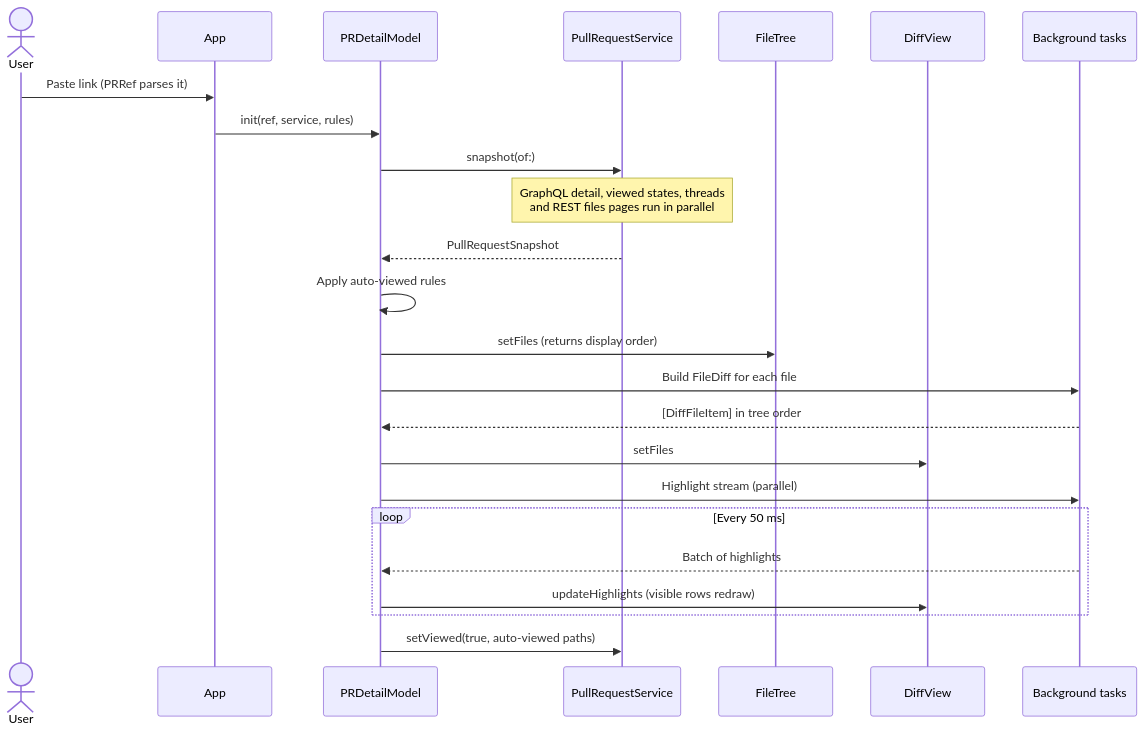
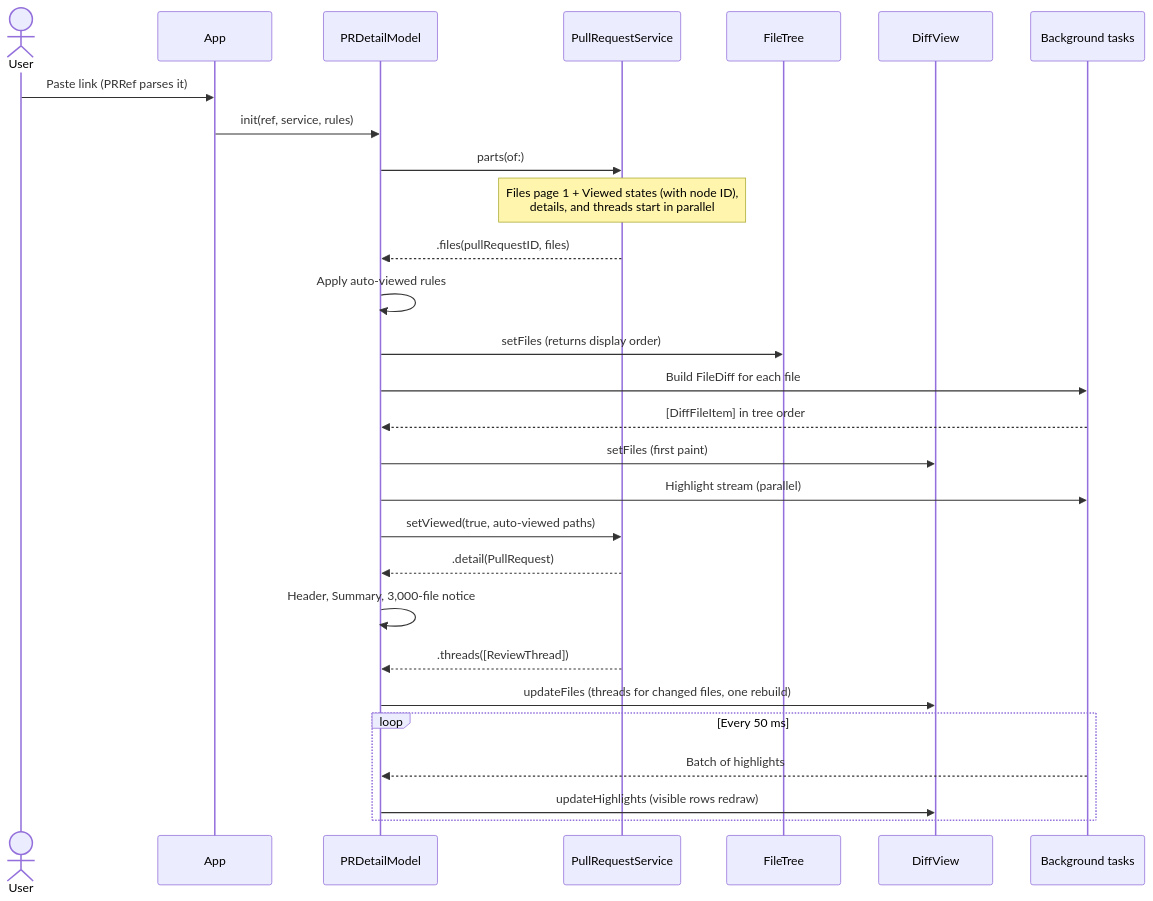
Before and after one commit to khoitran19/yuzu: the second of 4 diagrams in docs/architecture.md, drawn with Mermaid. The commit also changed other lines of this file and 21 other files, not shown here.

First line of the commit message:
perf(load): show the diff when files and Viewed states arrive

````diff
--- a/docs/architecture.md
+++ b/docs/architecture.md
@@ -50,27 +50,31 @@
 ```mermaid
 sequenceDiagram
     actor User
     participant App
     participant Model as PRDetailModel
     participant Service as PullRequestService
     participant Tree as FileTree
     participant Diff as DiffView
     participant BG as Background tasks
 
     User->>App: Paste link (PRRef parses it)
     App->>Model: init(ref, service, rules)
-    Model->>Service: snapshot(of:)
-    Note over Service: GraphQL detail, viewed states, threads<br/>and REST files pages run in parallel
-    Service-->>Model: PullRequestSnapshot
+    Model->>Service: parts(of:)
+    Note over Service: Files page 1 + Viewed states (with node ID),<br/>details, and threads start in parallel
+    Service-->>Model: .files(pullRequestID, files)
     Model->>Model: Apply auto-viewed rules
     Model->>Tree: setFiles (returns display order)
     Model->>BG: Build FileDiff for each file
     BG-->>Model: [DiffFileItem] in tree order
-    Model->>Diff: setFiles
+    Model->>Diff: setFiles (first paint)
     Model->>BG: Highlight stream (parallel)
+    Model->>Service: setViewed(true, auto-viewed paths)
+    Service-->>Model: .detail(PullRequest)
+    Model->>Model: Header, Summary, 3,000-file notice
+    Service-->>Model: .threads([ReviewThread])
+    Model->>Diff: updateFiles (threads for changed files, one rebuild)
     loop Every 50 ms
         BG-->>Model: Batch of highlights
         Model->>Diff: updateHighlights (visible rows redraw)
     end
-    Model->>Service: setViewed(true, auto-viewed paths)
 ```
````
